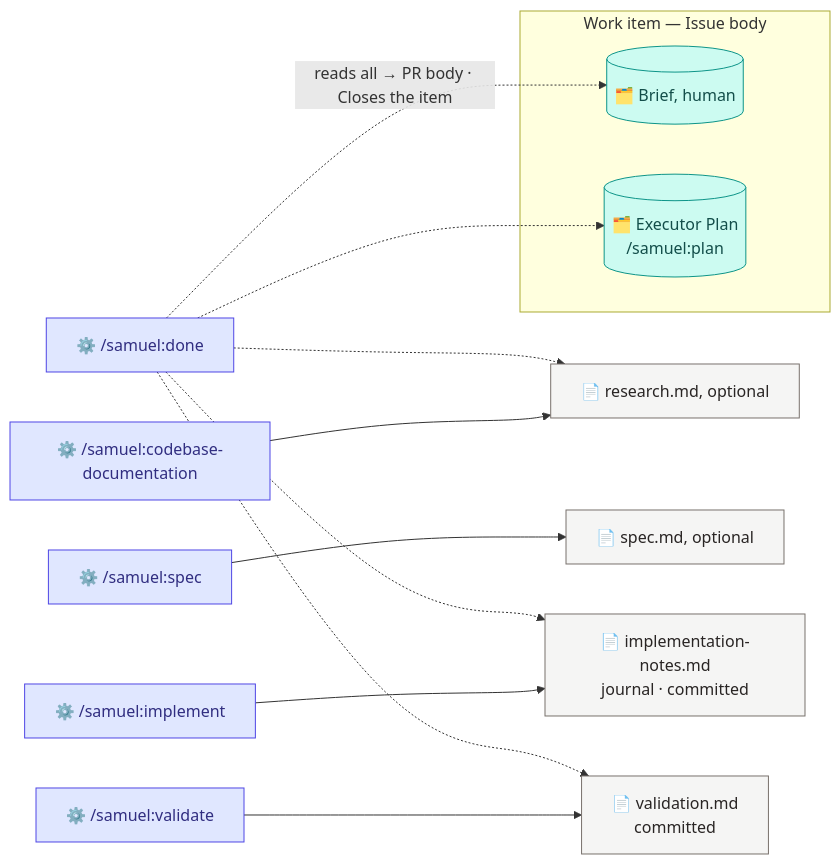
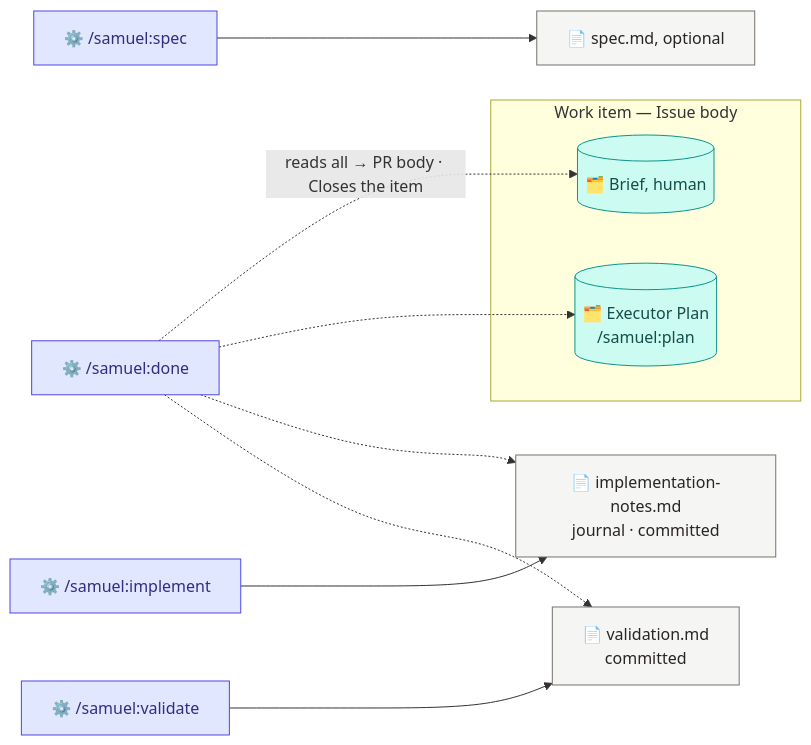
Before and after one commit to samosunaz/agent-skills: the sixth of 6 diagrams in plugins/samuel/reference/pipeline.md, drawn with Mermaid. The commit also changed other lines of this file and 43 other files, not shown here.

````diff
--- a/plugins/samuel/reference/pipeline.md
+++ b/plugins/samuel/reference/pipeline.md
@@ -152,19 +146,17 @@
 ```mermaid
 flowchart LR
     subgraph item["Work item — Issue body"]
       brief[("🗂️ Brief, human")]:::db
       plan[("🗂️ Executor Plan<br/>/samuel:plan")]:::db
     end
-    research["⚙️ /samuel:codebase-documentation"]:::svc --> r["📄 research.md, optional"]:::doc
     spec["⚙️ /samuel:spec"]:::svc --> s["📄 spec.md, optional"]:::doc
     implement["⚙️ /samuel:implement"]:::svc --> j["📄 implementation-notes.md<br/>journal · committed"]:::doc
     validate["⚙️ /samuel:validate"]:::svc --> v["📄 validation.md<br/>committed"]:::doc
     done["⚙️ /samuel:done"]:::svc -.->|"reads all → PR body · Closes the item"| brief
     done -.-> plan
     done -.-> j
     done -.-> v
-    done -.-> r
     classDef svc fill:#e0e7ff,stroke:#4f46e5,color:#312e81
     classDef db fill:#ccfbf1,stroke:#0d9488,color:#134e4a
     classDef doc fill:#f5f5f4,stroke:#78716c,color:#292524
 ```
````
